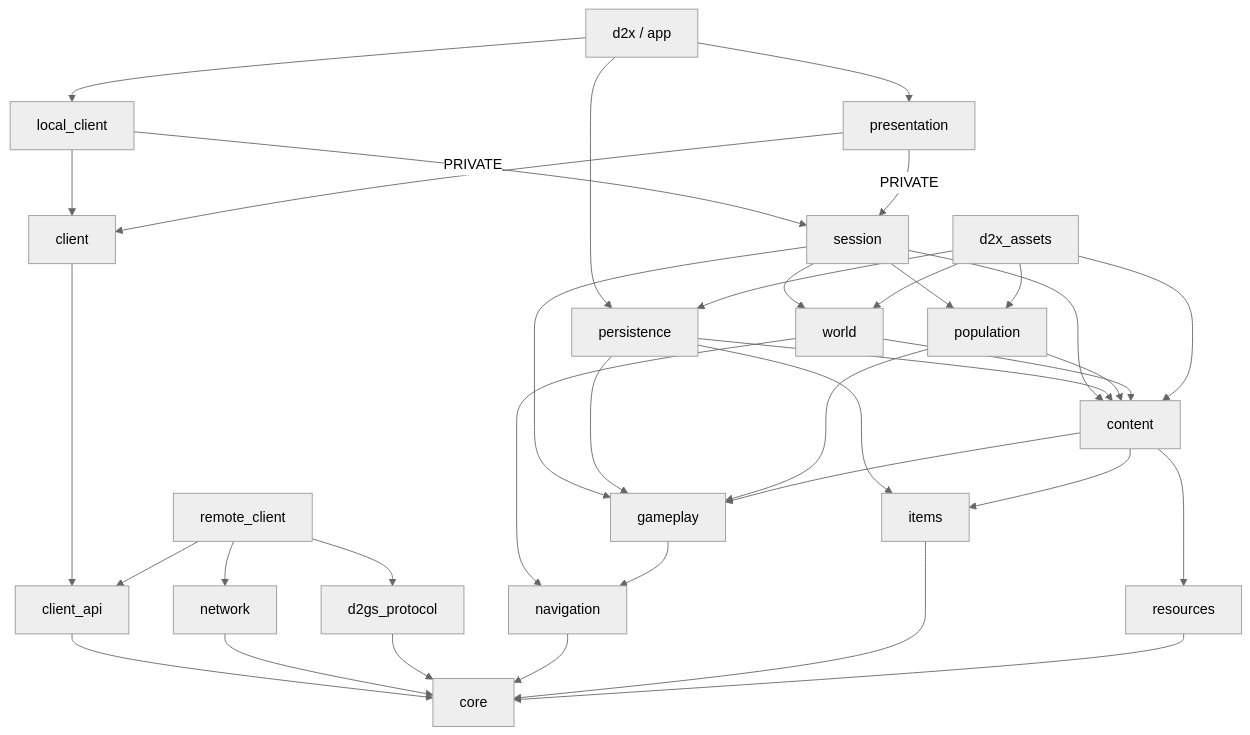
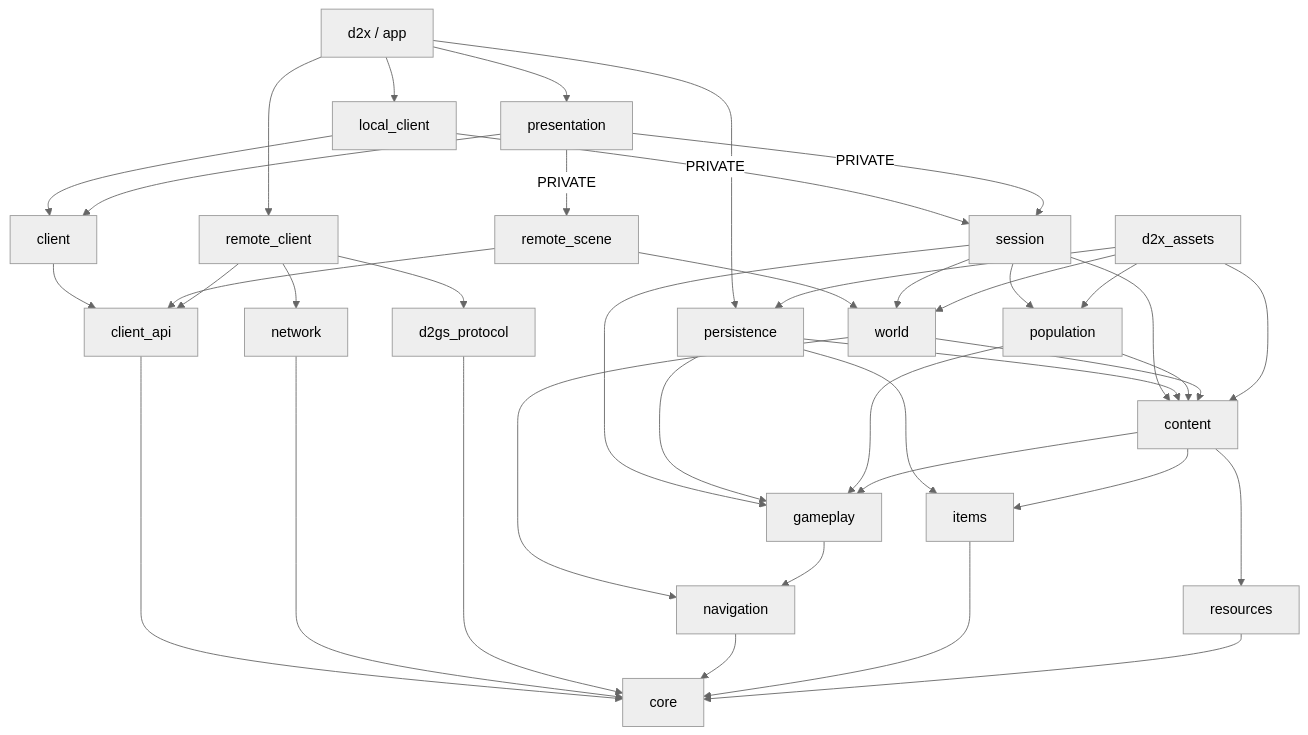
Before and after one commit to bombzj/d2x: the diagram in docs/architecture/OVERVIEW.md, drawn with Mermaid (neutral theme). The commit also changed other lines of this file and 32 other files, not shown here.

````diff
--- a/docs/architecture/OVERVIEW.md
+++ b/docs/architecture/OVERVIEW.md
@@ -42,39 +43,43 @@
 ```mermaid
 flowchart TD
     app["d2x / app"] --> presentation
     app --> persistence
     app --> local_client
+    app --> remote_client
     local_client --> client
     client --> client_api
     local_client -->|PRIVATE| session
     presentation --> client
+    presentation -->|PRIVATE| remote_scene
+    remote_scene --> client_api
+    remote_scene --> world
     client_api --> core
     remote_client --> client_api
     remote_client --> network
     remote_client --> d2gs_protocol
     network --> core
     d2gs_protocol --> core
     presentation -->|PRIVATE| session
     session --> gameplay
     session --> world
     session --> content
     session --> population
     persistence --> gameplay
     persistence --> items
     persistence --> content
     population --> content
     population --> gameplay
     world --> content
     world --> navigation
     content --> resources
     content --> items
     content --> gameplay
     gameplay --> navigation
     navigation --> core
     items --> core
     resources --> core
     assets["d2x_assets"] --> content
     assets --> world
     assets --> population
     assets --> persistence
 ```
````
